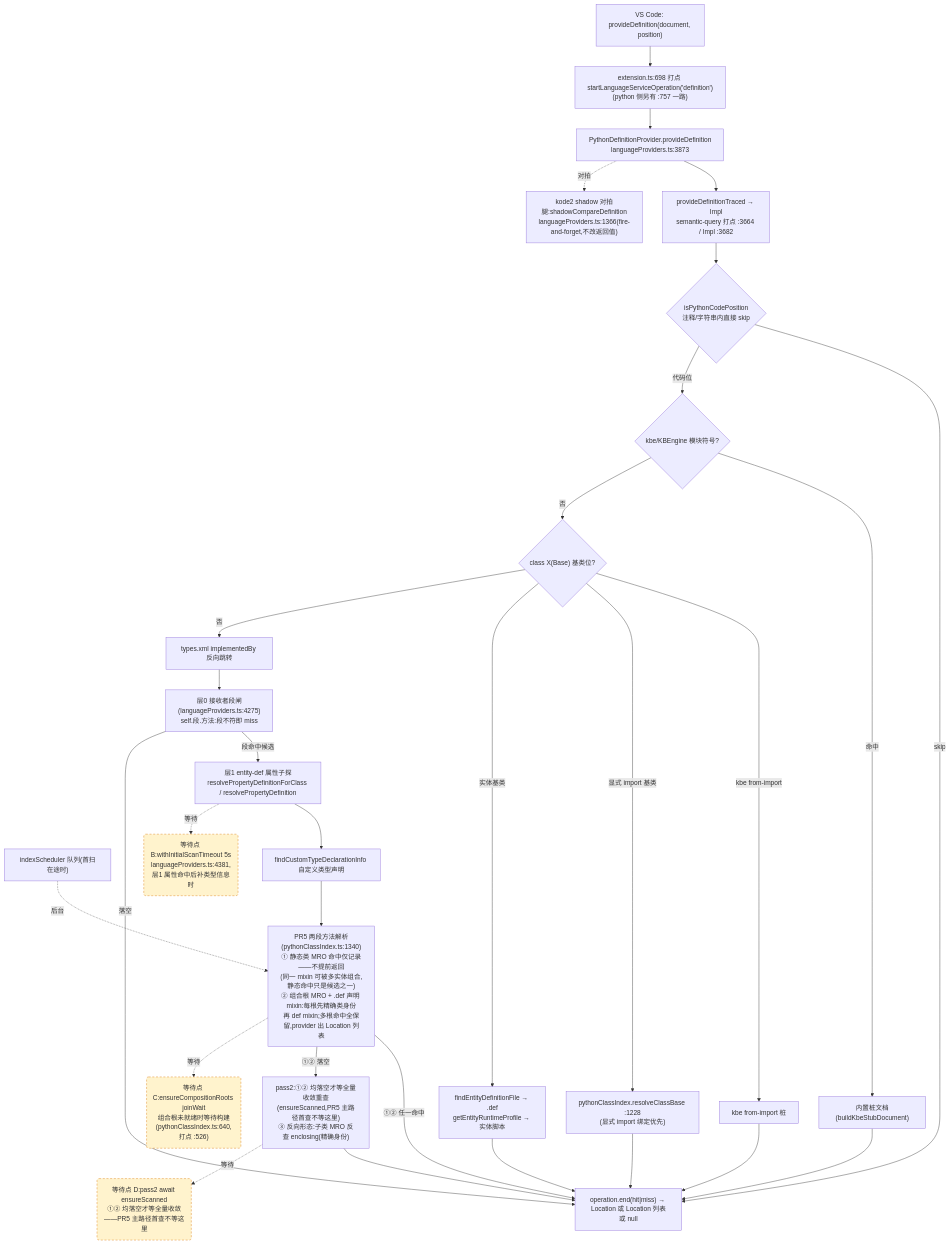
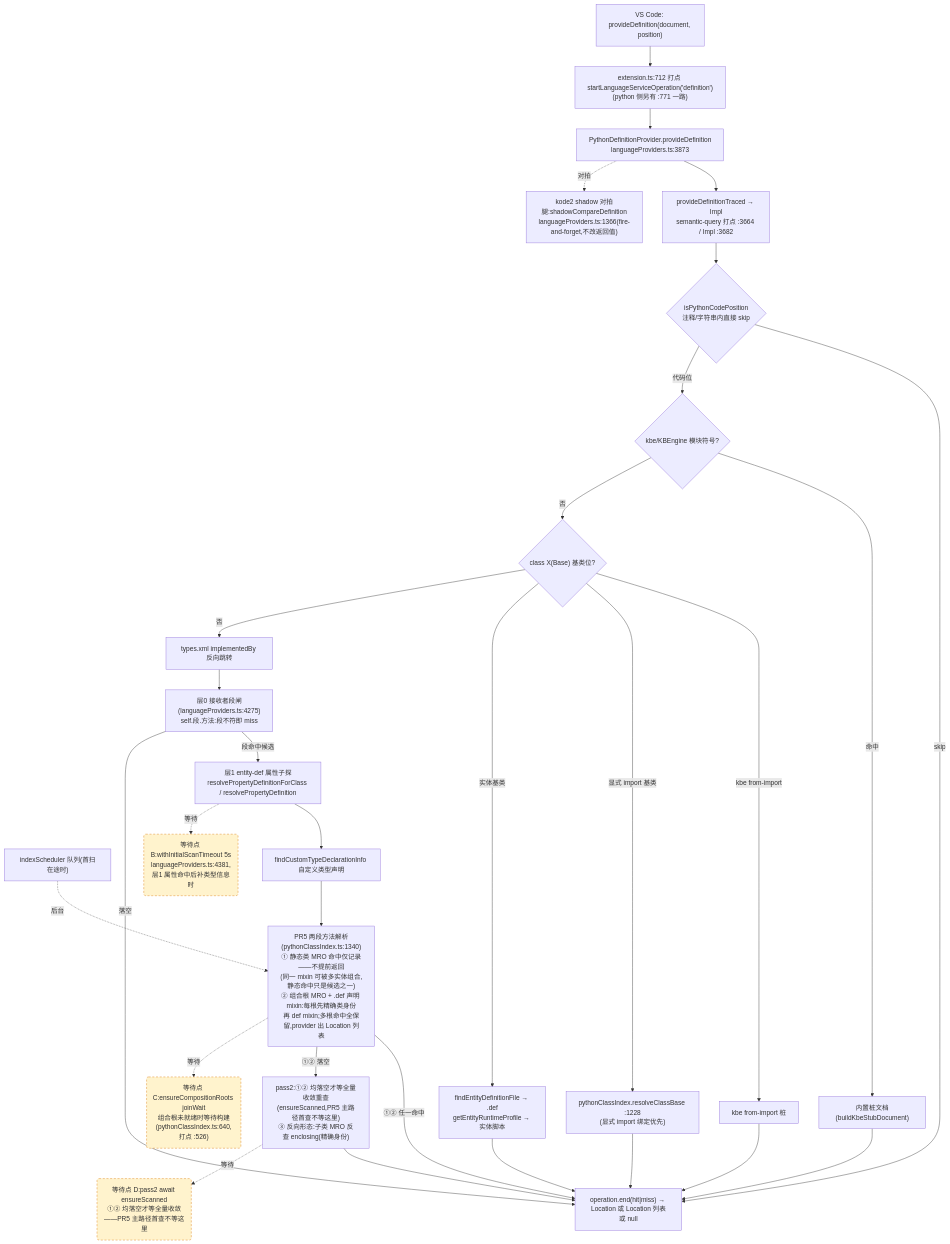
The second of 4 diagrams in docs/perf/2026-baseline.md (cuihairu/kode), drawn with Mermaid before and after one commit. The commit also changed other lines of this file and 9 other files, not shown here.

````diff
--- a/docs/perf/2026-baseline.md
+++ b/docs/perf/2026-baseline.md
@@ -130,51 +130,51 @@
 ```mermaid
 flowchart TD
   VC2["VS Code: provideDefinition(document, position)"]
-  M2["extension.ts:698 打点 startLanguageServiceOperation('definition')<br/>(python 侧另有 :757 一路)"]
+  M2["extension.ts:712 打点 startLanguageServiceOperation('definition')<br/>(python 侧另有 :771 一路)"]
   AD2["PythonDefinitionProvider.provideDefinition<br/>languageProviders.ts:3873"]
   TR["provideDefinitionTraced → Impl<br/>semantic-query 打点 :3664 / Impl :3682"]
   CTX{"isPythonCodePosition<br/>注释/字符串内直接 skip"}
   KBE{"kbe/KBEngine 模块符号?"}
   STUB["内置桩文档(buildKbeStubDocument)"]
   CB{"class X(Base) 基类位?"}
   CB1["kbe from-import 桩"]
   CB2["pythonClassIndex.resolveClassBase :1228<br/>(显式 import 绑定优先)"]
   CB3["findEntityDefinitionFile → .def<br/>getEntityRuntimeProfile → 实体脚本"]
   REV["types.xml implementedBy 反向跳转"]
   L0["层0 接收者段闸(languageProviders.ts:4275)<br/>self.段.方法:段不符即 miss"]
   L1["层1 entity-def 属性子探<br/>resolvePropertyDefinitionForClass / resolvePropertyDefinition"]
   SCAN["indexScheduler 队列(首扫在途时)"]
   TY["findCustomTypeDeclarationInfo 自定义类型声明"]
   MRO["PR5 两段方法解析(pythonClassIndex.ts:1340)<br/>① 静态类 MRO 命中仅记录——不提前返回<br/>(同一 mixin 可被多实体组合,静态命中只是候选之一)<br/>② 组合根 MRO + .def 声明 mixin:每根先精确类身份<br/>再 def mixin;多根命中全保留,provider 出 Location 列表"]
   PASS2["pass2:①② 均落空才等全量收敛重查<br/>(ensureScanned,PR5 主路径首查不等这里)<br/>③ 反向形态:子类 MRO 反查 enclosing(精确身份)"]
   SHD["kode2 shadow 对拍腿:shadowCompareDefinition<br/>languageProviders.ts:1366(fire-and-forget,不改返回值)"]
   END2["operation.end(hit|miss) → Location 或 Location 列表或 null"]
 
   VC2 --> M2 --> AD2 --> TR --> CTX
   CTX -- "skip" --> END2
   CTX -- "代码位" --> KBE
   KBE -- "命中" --> STUB --> END2
   KBE -- "否" --> CB
   CB -- "kbe from-import" --> CB1 --> END2
   CB -- "显式 import 基类" --> CB2 --> END2
   CB -- "实体基类" --> CB3 --> END2
   CB -- "否" --> REV --> L0
   L0 -- "段命中候选" --> L1
   L0 -- "落空" --> END2
   L1 --> TY
   TY --> MRO
   MRO -- "①② 任一命中" --> END2
   MRO -- "①② 落空" --> PASS2 --> END2
   AD2 -.->|对拍| SHD
 
   WAITB("等待点 B:withInitialScanTimeout 5s<br/>languageProviders.ts:4381,层1 属性命中后补类型信息时")
   WAITC("等待点 C:ensureCompositionRoots joinWait<br/>组合根未就绪时等待构建(pythonClassIndex.ts:640,打点 :526)")
   WAITD("等待点 D:pass2 await ensureScanned<br/>①② 均落空才等全量收敛——PR5 主路径首查不等这里")
   L1 -.->|等待| WAITB
   MRO -.->|等待| WAITC
   PASS2 -.->|等待| WAITD
   SCAN -.->|后台| MRO
 
   classDef waitPoint fill:#fff3cd,stroke:#d97706,stroke-dasharray:5 4;
   class WAITB,WAITC,WAITD waitPoint;
 ```
````
